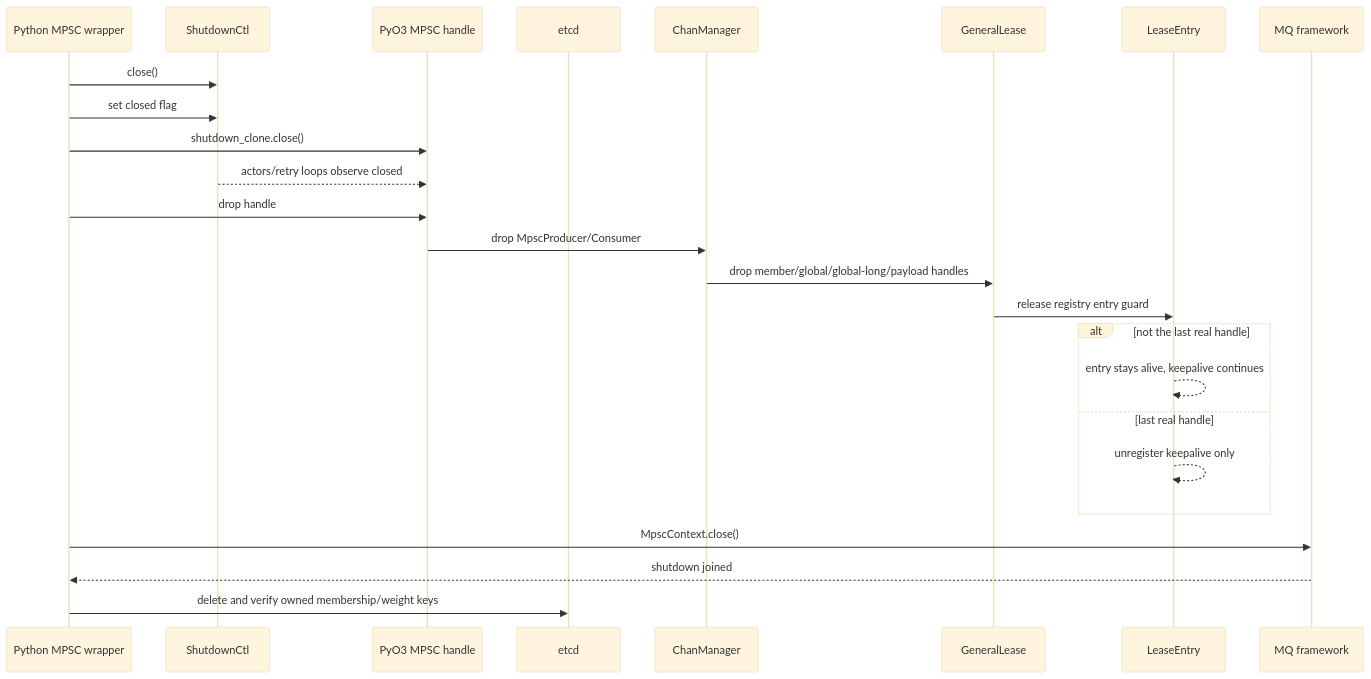
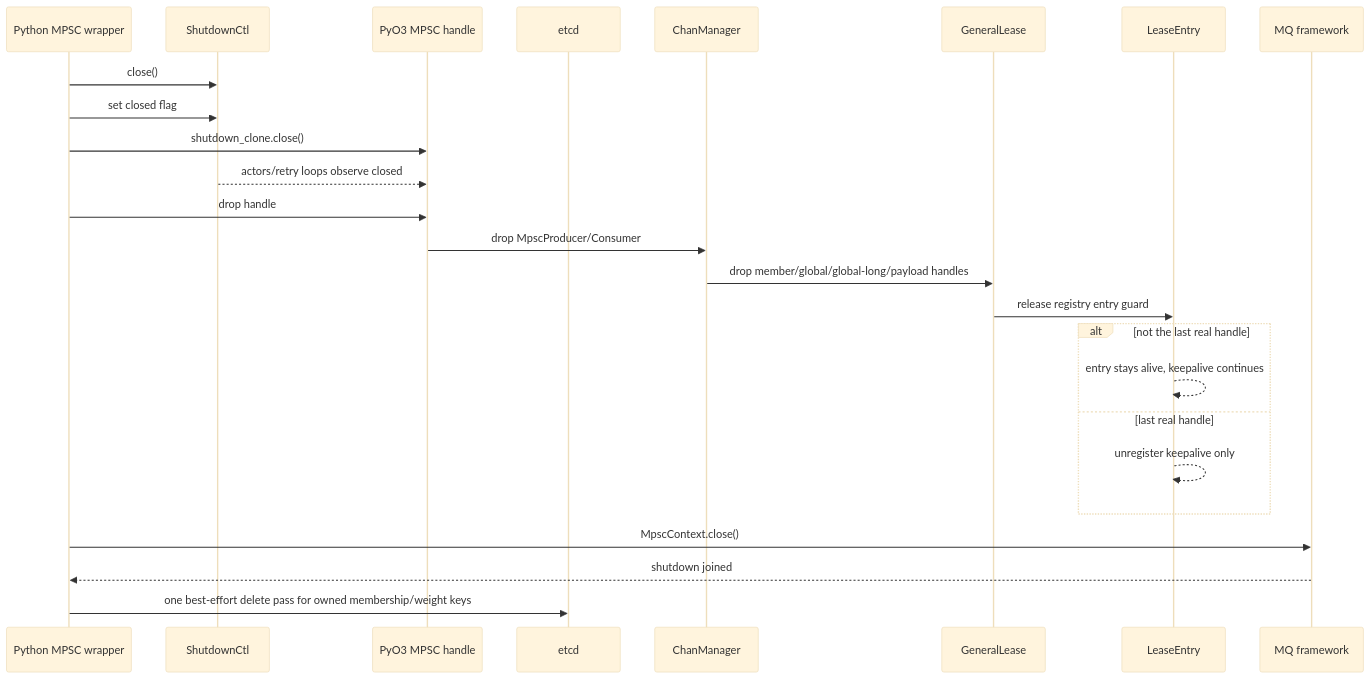
Before and after one commit to Tele-AI/Fluxon: the ninth of 10 diagrams in fluxon_doc_cn/design/mq_1_生命周期与租约设计.md, drawn with Mermaid (base theme). The commit also changed other lines of this file and 7 other files, not shown here.

````diff
--- a/fluxon_doc_cn/design/mq_1_生命周期与租约设计.md
+++ b/fluxon_doc_cn/design/mq_1_生命周期与租约设计.md
@@ -485,28 +485,28 @@
 ```mermaid
 sequenceDiagram
     participant Py as Python MPSC wrapper
     participant S as ShutdownCtl
     participant H as PyO3 MPSC handle
     participant E as etcd
     participant CM as ChanManager
     participant GL as GeneralLease
     participant LE as LeaseEntry
     participant FW as MQ framework
 
     Py->>S: close()
     Py->>S: set closed flag
     Py->>H: shutdown_clone.close()
     S-->>H: actors/retry loops observe closed
     Py->>H: drop handle
     H->>CM: drop MpscProducer/Consumer
     CM->>GL: drop member/global/global-long/payload handles
     GL->>LE: release registry entry guard
     alt not the last real handle
         LE-->>LE: entry stays alive, keepalive continues
     else last real handle
         LE-->>LE: unregister keepalive only
     end
     Py->>FW: MpscContext.close()
     FW-->>Py: shutdown joined
-    Py->>E: delete and verify owned membership/weight keys
+    Py->>E: one best-effort delete pass for owned membership/weight keys
 ```
````
